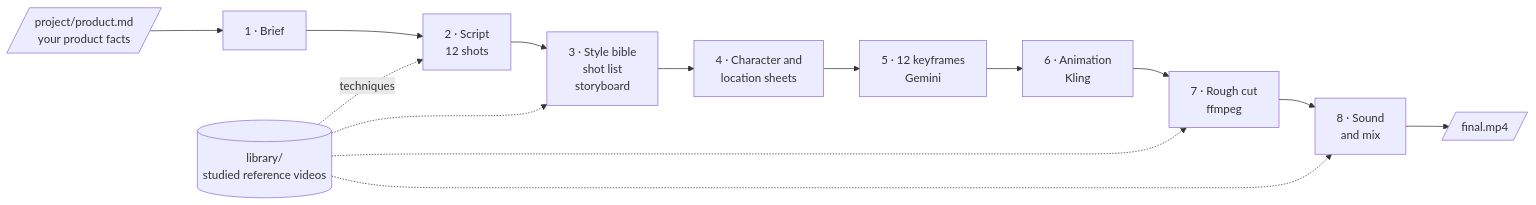
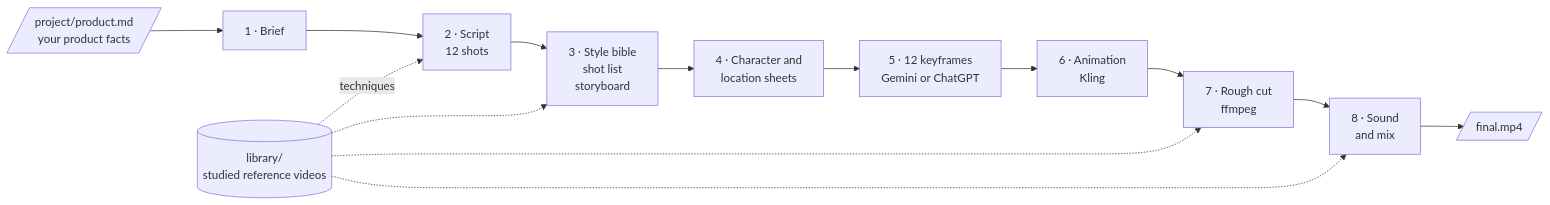
One commit to EyalZameret/Dudu-Director-Video-kit changed the diagram in README.md. Above: the diagram before and after it, drawn with Mermaid. The commit also changed other lines of this file and 6 other files, not shown here.

First line of the commit message:
Add ChatGPT (GPT Image) as an image option; fix still aspect in build_cut

````diff
--- a/README.md
+++ b/README.md
@@ -40,16 +40,16 @@
 ```mermaid
 flowchart LR
     P[/"project/product.md<br/>your product facts"/] --> S1
     S1["1 · Brief"] --> S2["2 · Script<br/>12 shots"]
     S2 --> S3["3 · Style bible<br/>shot list<br/>storyboard"]
     S3 --> S4["4 · Character and<br/>location sheets"]
-    S4 --> S5["5 · 12 keyframes<br/>Gemini"]
+    S4 --> S5["5 · 12 keyframes<br/>Gemini or ChatGPT"]
     S5 --> S6["6 · Animation<br/>Kling"]
     S6 --> S7["7 · Rough cut<br/>ffmpeg"]
     S7 --> S8["8 · Sound<br/>and mix"]
     S8 --> F[/"final.mp4"/]
     L[("library/<br/>studied reference videos")] -.techniques.-> S2
     L -.-> S3
     L -.-> S7
     L -.-> S8
 ```
````
